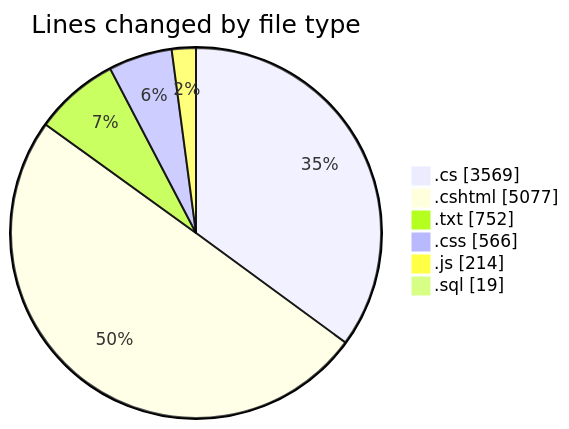
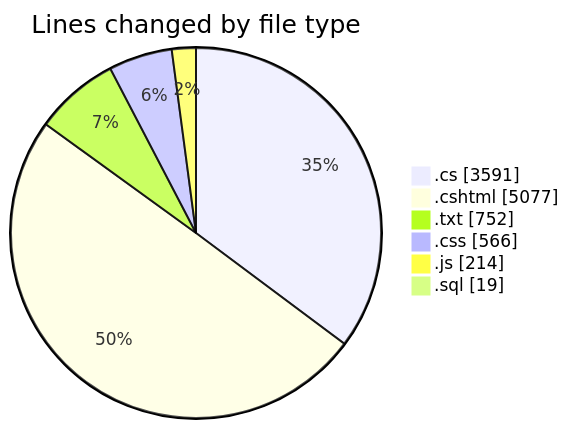
The first of 2 diagrams in 2025-07-28/quanlyrapchieuphim-1/README.md (lephambinh05/code-tracking), drawn with Mermaid before and after one commit. The commit also changed other lines of this file and 1 other file, not shown here.

````diff
--- a/2025-07-28/quanlyrapchieuphim-1/README.md
+++ b/2025-07-28/quanlyrapchieuphim-1/README.md
@@ -46,10 +46,10 @@
 ```mermaid
 pie showData
 title Lines changed by file type
-".cs" : 3569
+".cs" : 3591
 ".cshtml" : 5077
 ".txt" : 752
 ".css" : 566
 ".js" : 214
 ".sql" : 19
 ```
````
